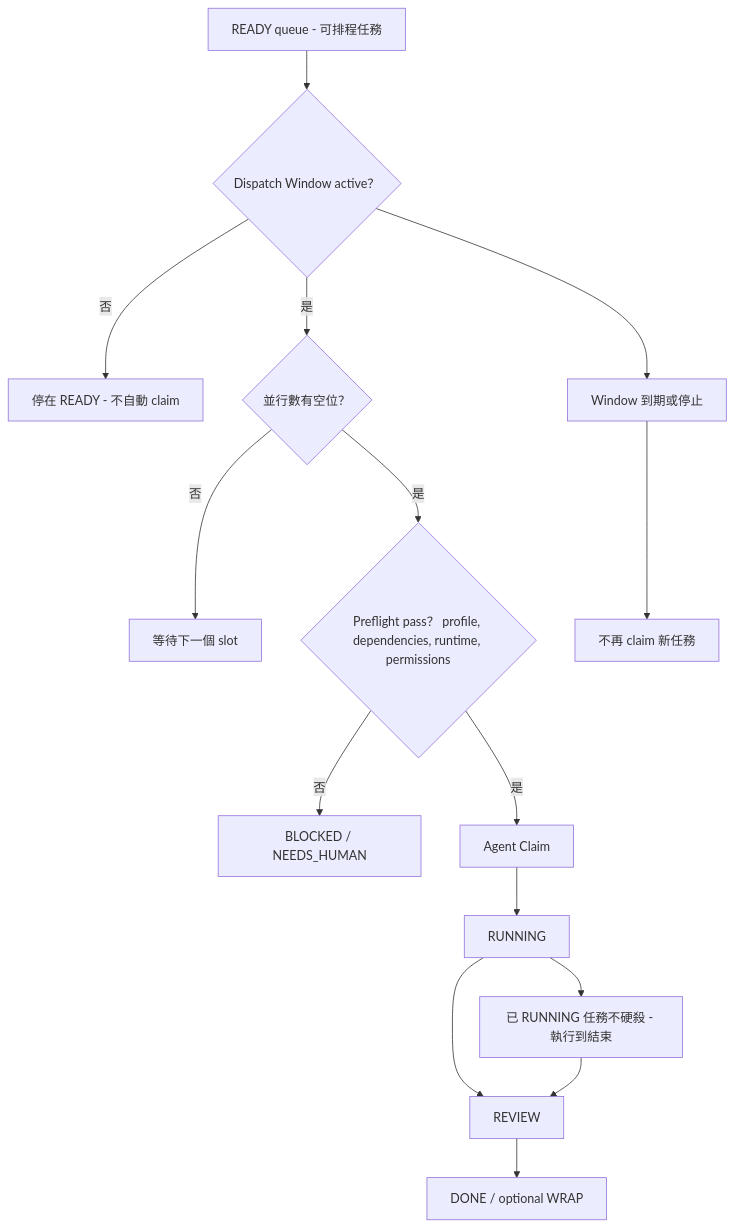
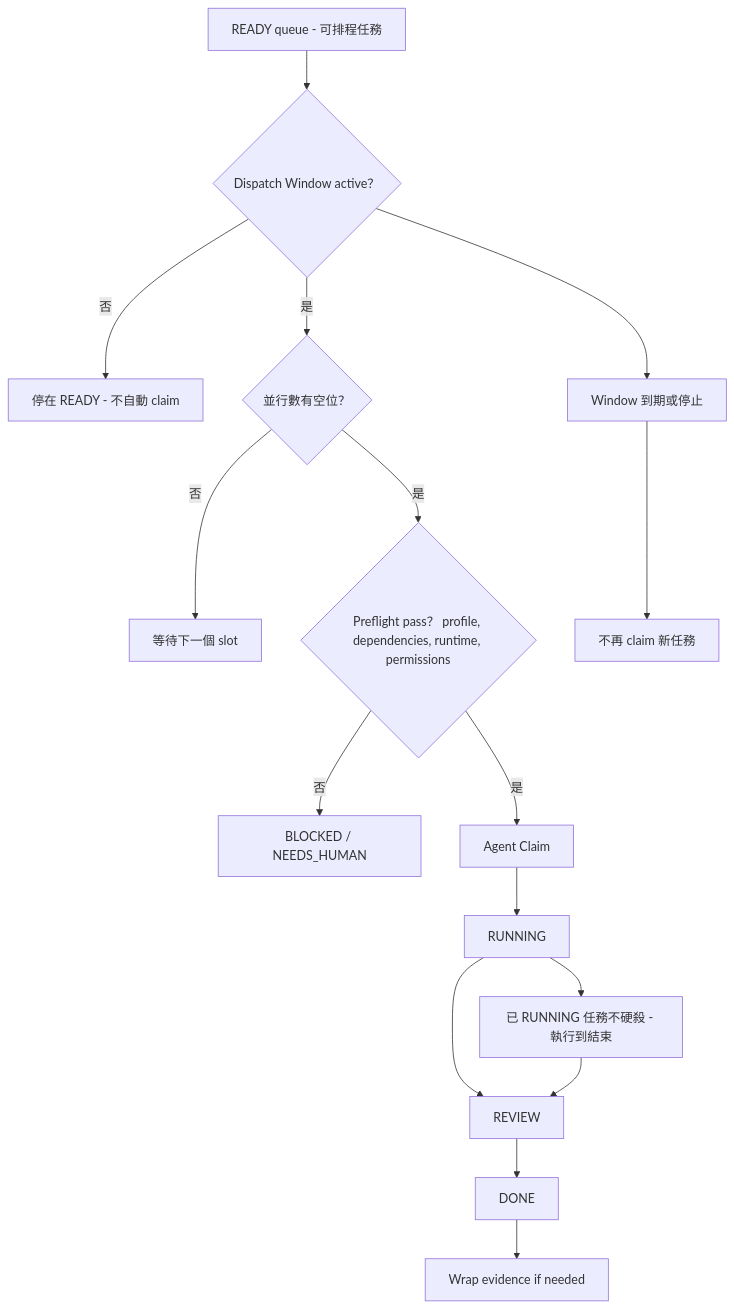
Before and after one commit to samzhu/grimoAPP: diagram 11 of 14 in docs/grimo/PRD.md, drawn with Mermaid. The commit also changed other lines of this file and 54 other files, not shown here.

````diff
--- a/docs/grimo/PRD.md
+++ b/docs/grimo/PRD.md
@@ -317,18 +324,19 @@
 ```mermaid
 graph TD
   ReadyQueue["READY queue - 可排程任務"] --> Window{"Dispatch Window active？"}
   Window -- "否" --> Wait["停在 READY - 不自動 claim"]
   Window -- "是" --> Capacity{"並行數有空位？"}
   Capacity -- "否" --> Queue["等待下一個 slot"]
   Capacity -- "是" --> Preflight{"Preflight pass？ profile, dependencies, runtime, permissions"}
   Preflight -- "否" --> Blocked["BLOCKED / NEEDS_HUMAN"]
   Preflight -- "是" --> Claim["Agent Claim"]
   Claim --> Running["RUNNING"]
   Running --> Review["REVIEW"]
-  Review --> Done["DONE / optional WRAP"]
+  Review --> Done["DONE"]
+  Done --> WrapEvidence["Wrap evidence if needed"]
 
   Window --> Expire["Window 到期或停止"]
   Expire --> NoNew["不再 claim 新任務"]
   Running --> Continue["已 RUNNING 任務不硬殺 - 執行到結束"]
   Continue --> Review
 ```
````
